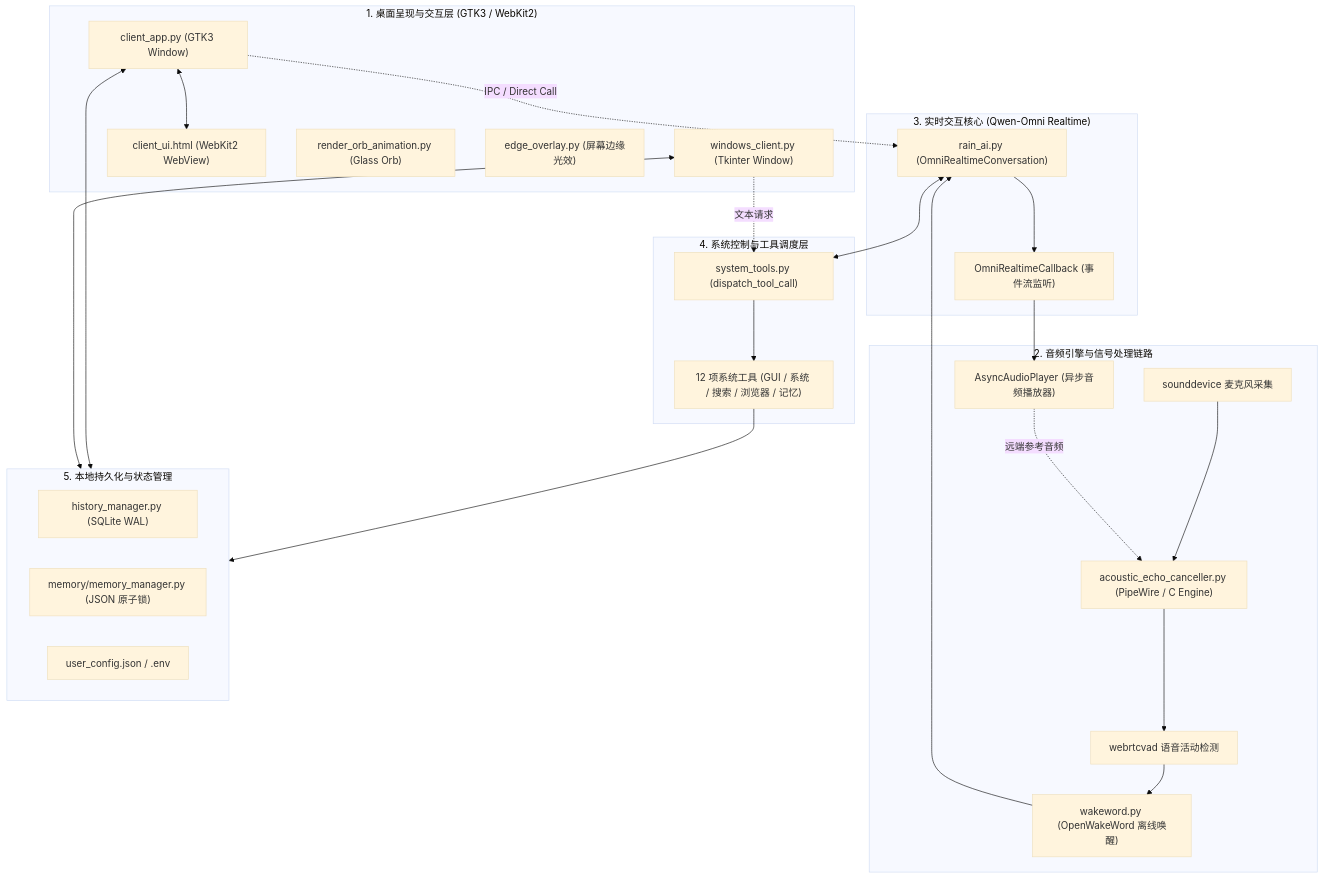
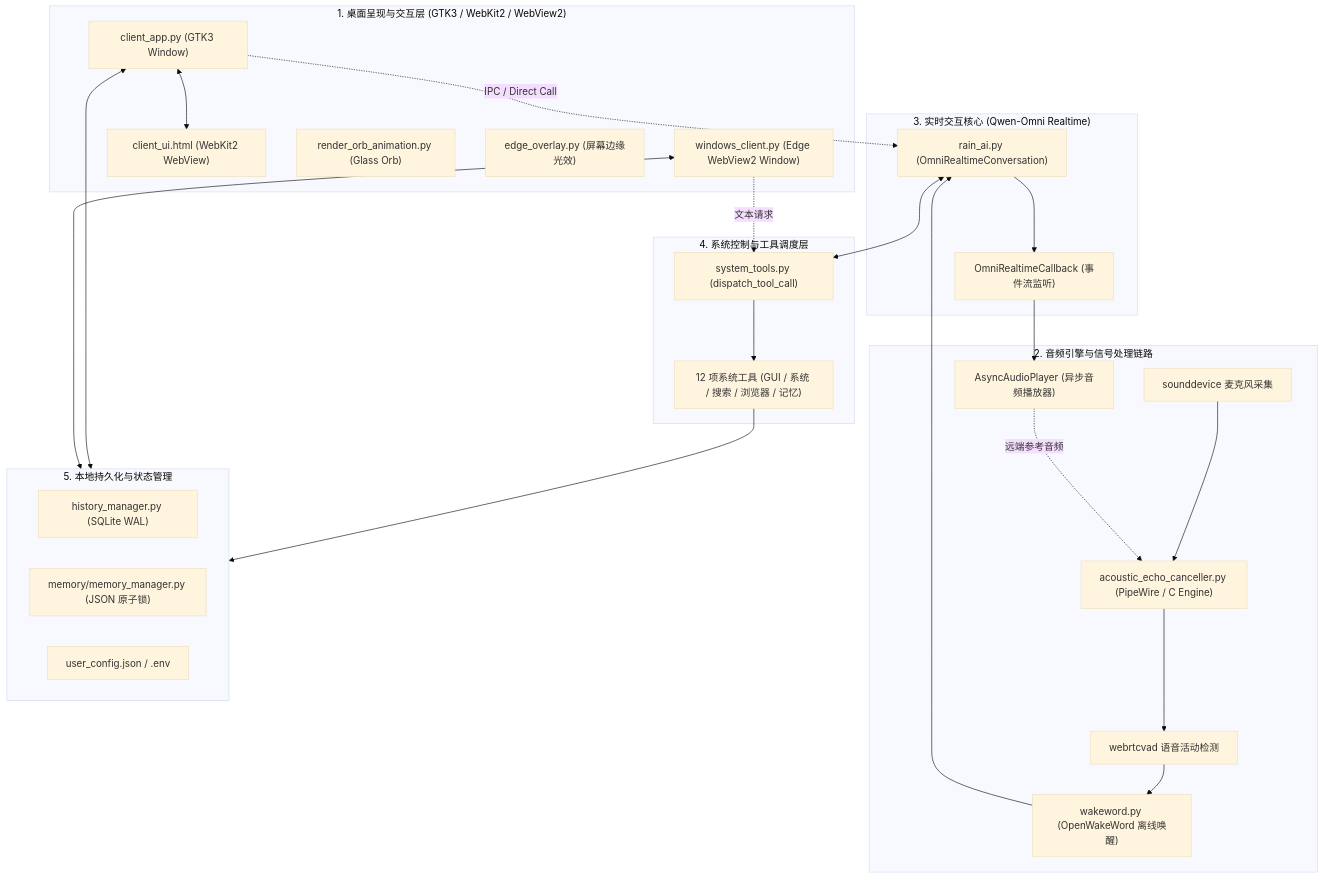
Before and after one commit to Raindarkstar/Jarvis: the diagram in docs/ARCHITECTURE.md, drawn with Mermaid (base theme). The commit also changed other lines of this file and 7 other files, not shown here.

````diff
--- a/docs/ARCHITECTURE.md
+++ b/docs/ARCHITECTURE.md
@@ -11,49 +11,49 @@
 ```mermaid
 flowchart TD
-    subgraph UI_Layer ["1. 桌面呈现与交互层 (GTK3 / WebKit2)"]
+    subgraph UI_Layer ["1. 桌面呈现与交互层 (GTK3 / WebKit2 / WebView2)"]
         ClientApp["client_app.py (GTK3 Window)"]
-        WindowsClient["windows_client.py (Tkinter Window)"]
+        WindowsClient["windows_client.py (Edge WebView2 Window)"]
         WebView["client_ui.html (WebKit2 WebView)"]
         Orb["render_orb_animation.py (Glass Orb)"]
         Overlay["edge_overlay.py (屏幕边缘光效)"]
     end
 
     subgraph Audio_Layer ["2. 音频引擎与信号处理链路"]
         SD["sounddevice 麦克风采集"]
         AEC["acoustic_echo_canceller.py (PipeWire / C Engine)"]
         VAD["webrtcvad 语音活动检测"]
         WW["wakeword.py (OpenWakeWord 离线唤醒)"]
         Player["AsyncAudioPlayer (异步音频播放器)"]
     end
 
     subgraph Core_Layer ["3. 实时交互核心 (Qwen-Omni Realtime)"]
         RealtimeConv["rain_ai.py (OmniRealtimeConversation)"]
         Callback["OmniRealtimeCallback (事件流监听)"]
     end
 
     subgraph Tool_Layer ["4. 系统控制与工具调度层"]
         Dispatcher["system_tools.py (dispatch_tool_call)"]
         Tools["12 项系统工具 (GUI / 系统 / 搜索 / 浏览器 / 记忆)"]
     end
 
     subgraph Storage_Layer ["5. 本地持久化与状态管理"]
         History["history_manager.py (SQLite WAL)"]
         Memory["memory/memory_manager.py (JSON 原子锁)"]
         Config["user_config.json / .env"]
     end
 
     %% 数据流连接
     SD --> AEC --> VAD --> WW --> RealtimeConv
     RealtimeConv --> Callback --> Player
     Player -. 远端参考音频 .-> AEC
 
     RealtimeConv <--> Dispatcher
     Dispatcher --> Tools
     Tools --> Storage_Layer
 
     ClientApp <--> WebView
     ClientApp <--> Storage_Layer
     WindowsClient <--> Storage_Layer
     WindowsClient -. 文本请求 .-> Dispatcher
     ClientApp -. IPC / Direct Call .-> RealtimeConv
 ```
````
